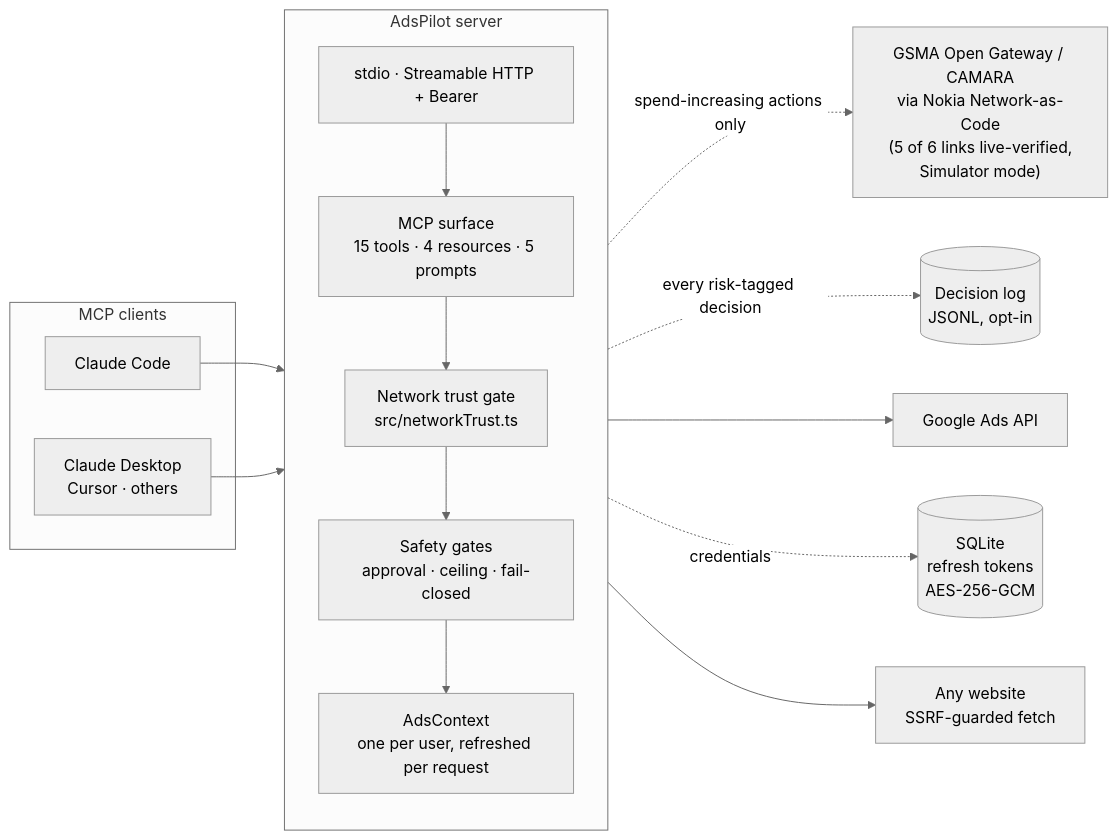
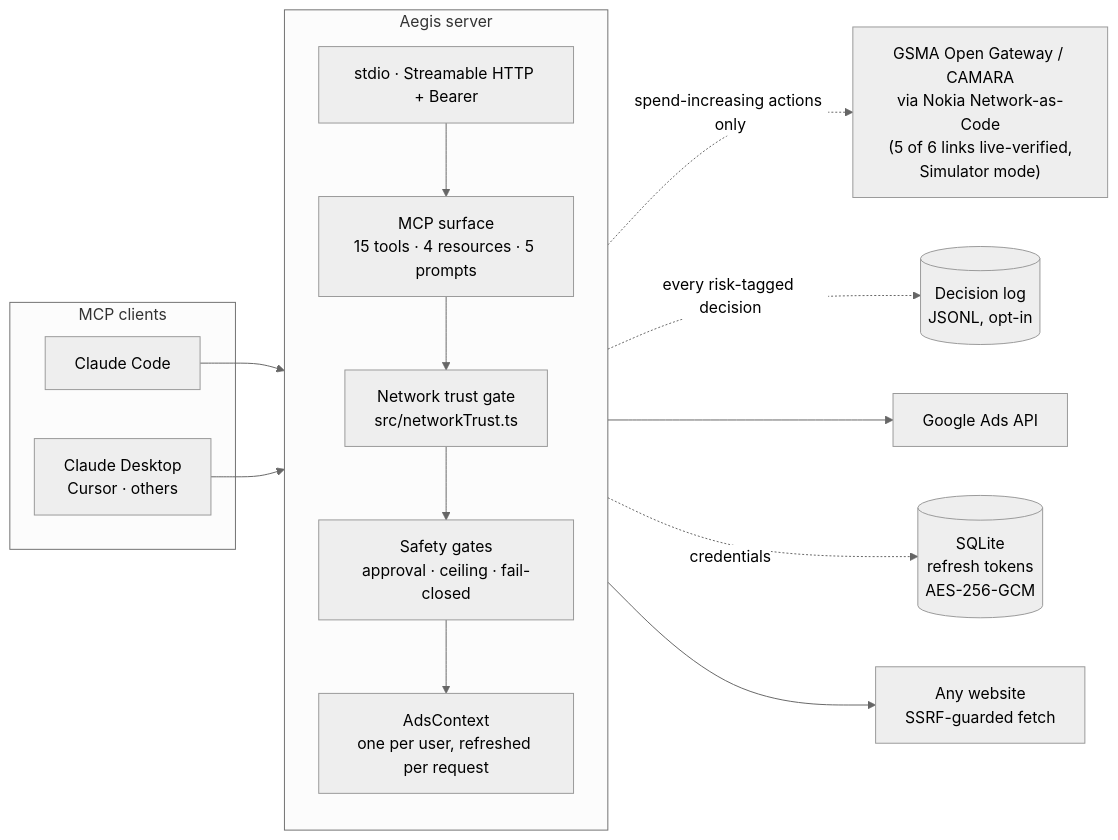
One commit to Xaena53/aegis changed the third of 3 diagrams in README.md. Above: the diagram before and after it, drawn with Mermaid (neutral theme). The commit also changed other lines of this file and 71 other files, not shown here.

````diff
--- a/README.md
+++ b/README.md
@@ -370,34 +370,34 @@
 ```mermaid
 flowchart LR
     subgraph clients["MCP clients"]
         CC["Claude Code"]
         CD["Claude Desktop<br/>Cursor · others"]
     end
 
-    subgraph server["AdsPilot server"]
+    subgraph server["Aegis server"]
         direction TB
         T["stdio · Streamable HTTP + Bearer"]
         M["MCP surface<br/>15 tools · 4 resources · 5 prompts"]
         NT["Network trust gate<br/>src/networkTrust.ts"]
         SG["Safety gates<br/>approval · ceiling · fail-closed"]
         AC["AdsContext<br/>one per user, refreshed per request"]
     end
 
     DB[("SQLite<br/>refresh tokens<br/>AES-256-GCM")]
     GA["Google Ads API"]
     WEB["Any website<br/>SSRF-guarded fetch"]
     NAC["GSMA Open Gateway / CAMARA<br/>via Nokia Network-as-Code<br/>(5 of 6 links live-verified,<br/>Simulator mode)"]
     LOG[("Decision log<br/>JSONL, opt-in")]
 
     CC --> T
     CD --> T
     T --> M
     M --> NT
     NT -.spend-increasing actions only.-> NAC
     NT --> SG
     NT -.every risk-tagged decision.-> LOG
     SG --> AC
     AC --> GA
     AC -.credentials.-> DB
     M --> WEB
 ```
````
